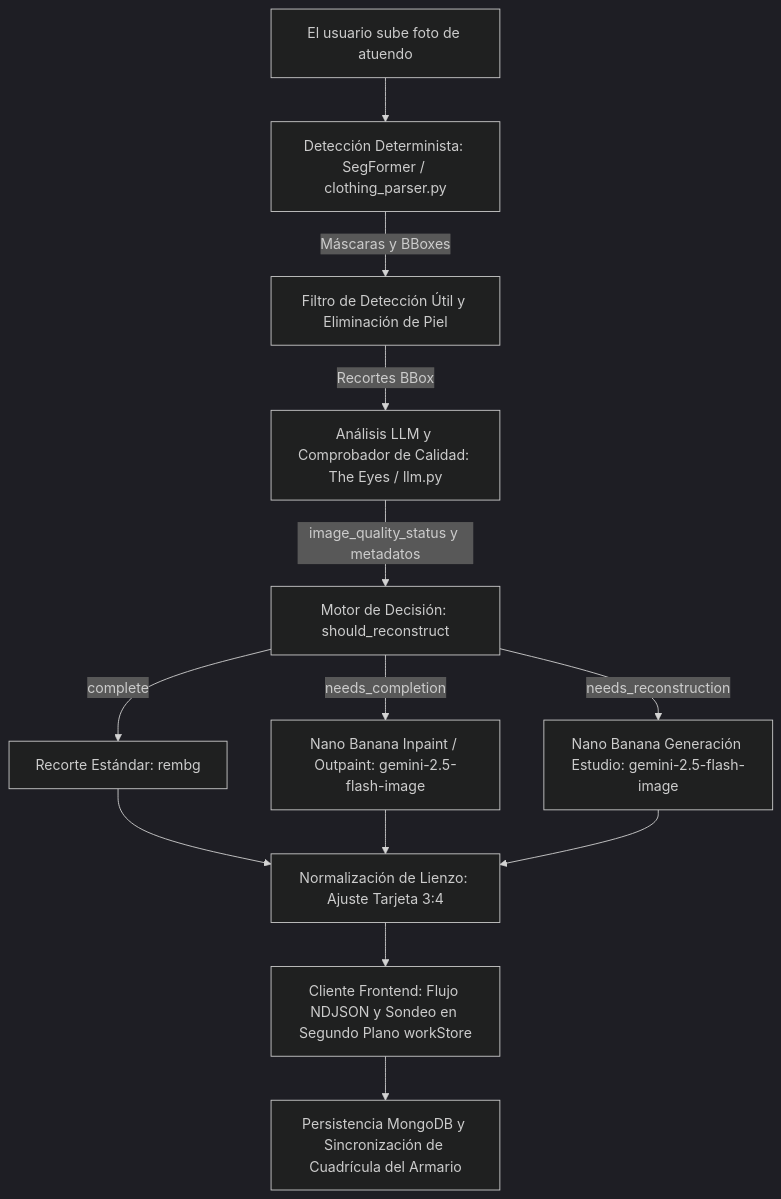
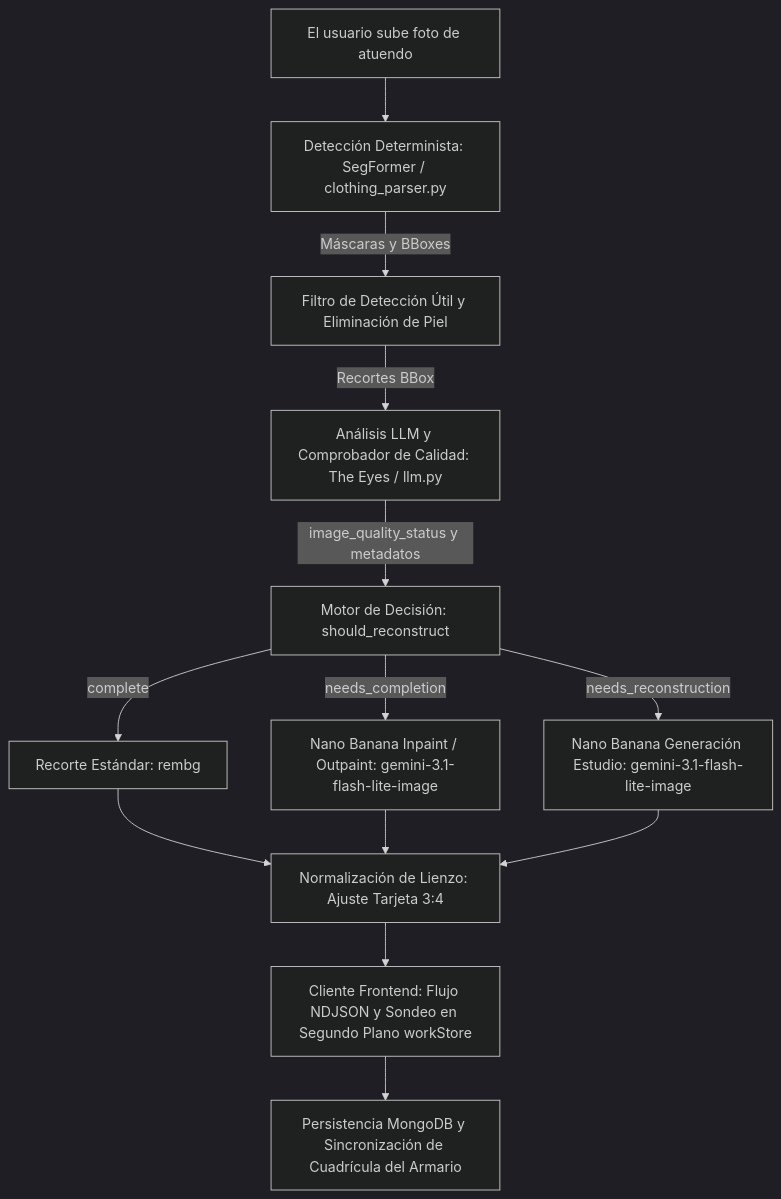
The diagram in wiki/es/garmentvision.md (Yoram-Jacobs/DressAppV1), drawn with Mermaid (dark theme) before and after one commit. The commit also changed other lines of this file and 66 other files, not shown here.

````diff
--- a/wiki/es/garmentvision.md
+++ b/wiki/es/garmentvision.md
@@ -18,17 +18,17 @@
 ```mermaid
 graph TD
     A[El usuario sube foto de atuendo] --> B[Detección Determinista: SegFormer / clothing_parser.py]
     B -->|Máscaras y BBoxes| C[Filtro de Detección Útil y Eliminación de Piel]
     C -->|Recortes BBox| D[Análisis LLM y Comprobador de Calidad: The Eyes / llm.py]
     D -->|image_quality_status y metadatos| E[Motor de Decisión: should_reconstruct]
     
     E -->|complete| F[Recorte Estándar: rembg]
-    E -->|needs_completion| G[Nano Banana Inpaint / Outpaint: gemini-2.5-flash-image]
-    E -->|needs_reconstruction| H[Nano Banana Generación Estudio: gemini-2.5-flash-image]
+    E -->|needs_completion| G[Nano Banana Inpaint / Outpaint: gemini-3.1-flash-lite-image]
+    E -->|needs_reconstruction| H[Nano Banana Generación Estudio: gemini-3.1-flash-lite-image]
     
     F --> I[Normalización de Lienzo: Ajuste Tarjeta 3:4]
     G --> I
     H --> I
     I --> J[Cliente Frontend: Flujo NDJSON y Sondeo en Segundo Plano workStore]
     J --> K[Persistencia MongoDB y Sincronización de Cuadrícula del Armario]
 ```
````
